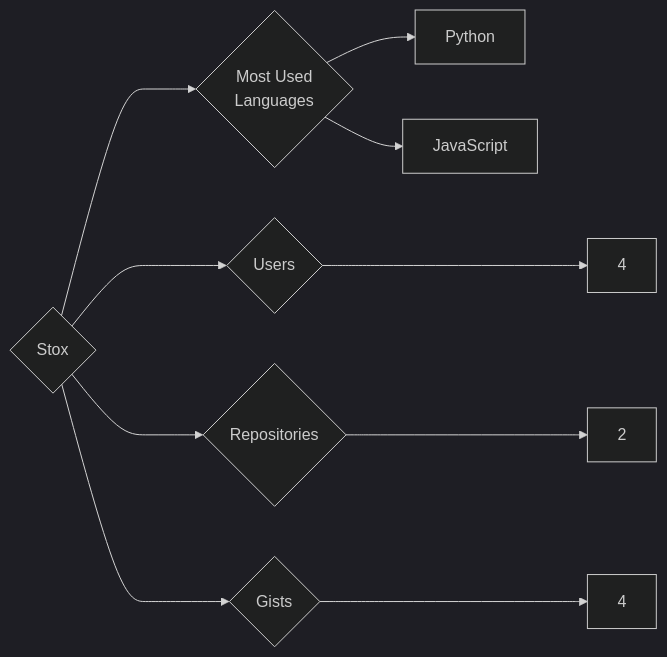
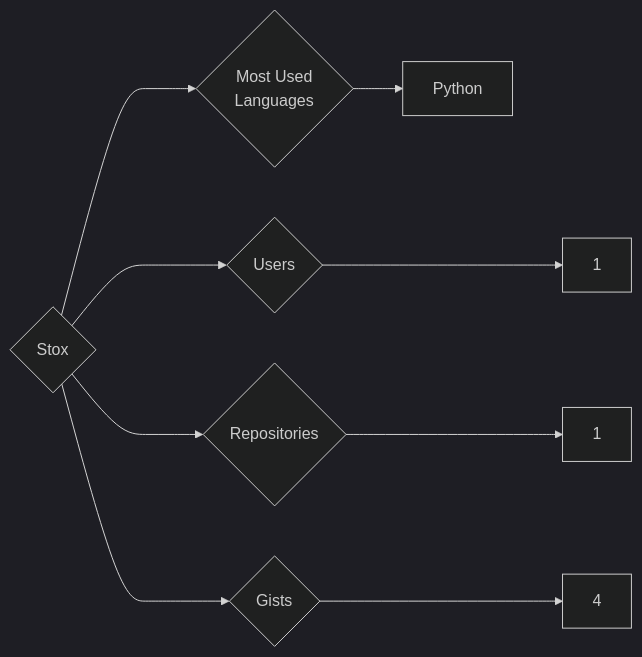
The diagram in targets/Stox/README.md (trickest/insiders), drawn with Mermaid (dark theme) before and after one commit. The commit also changed 851 other files, not shown here.

````diff
--- a/targets/Stox/README.md
+++ b/targets/Stox/README.md
@@ -3,10 +3,9 @@
 ```mermaid
 graph LR
 COMPANY_NAME{Stox}
-COMPANY_NAME ---> U{Users} ---> UN[4]
-COMPANY_NAME ---> R{Repositories} ---> RN[2]
+COMPANY_NAME ---> U{Users} ---> UN[1]
+COMPANY_NAME ---> R{Repositories} ---> RN[1]
 COMPANY_NAME ---> G{Gists} ---> GN[4]
 COMPANY_NAME ---> ML{Most Used<br>Languages}
 ML --> Python[Python]
-ML --> JavaScript[JavaScript]
 ```
````
